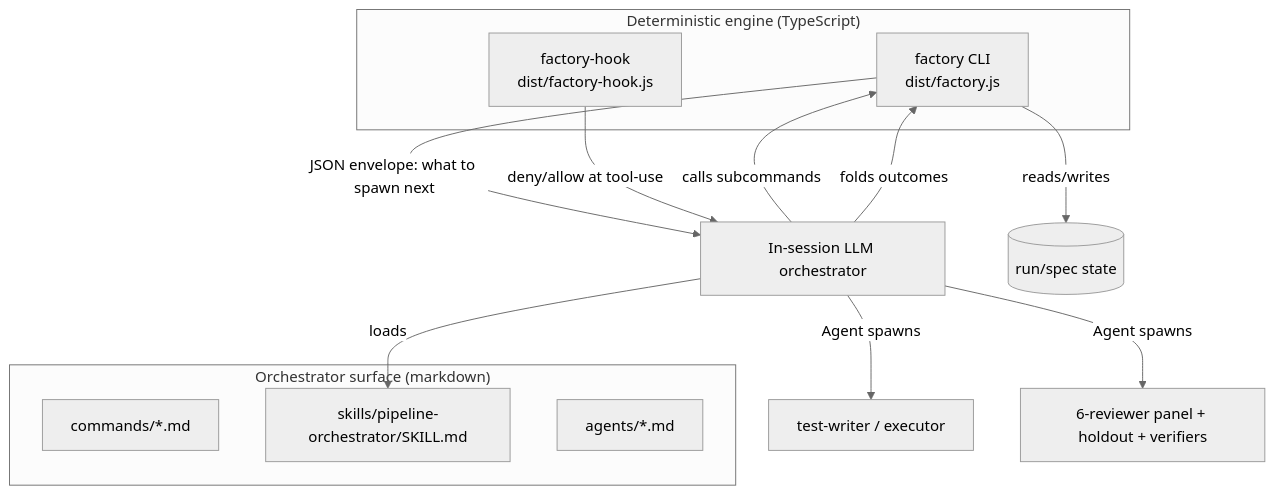
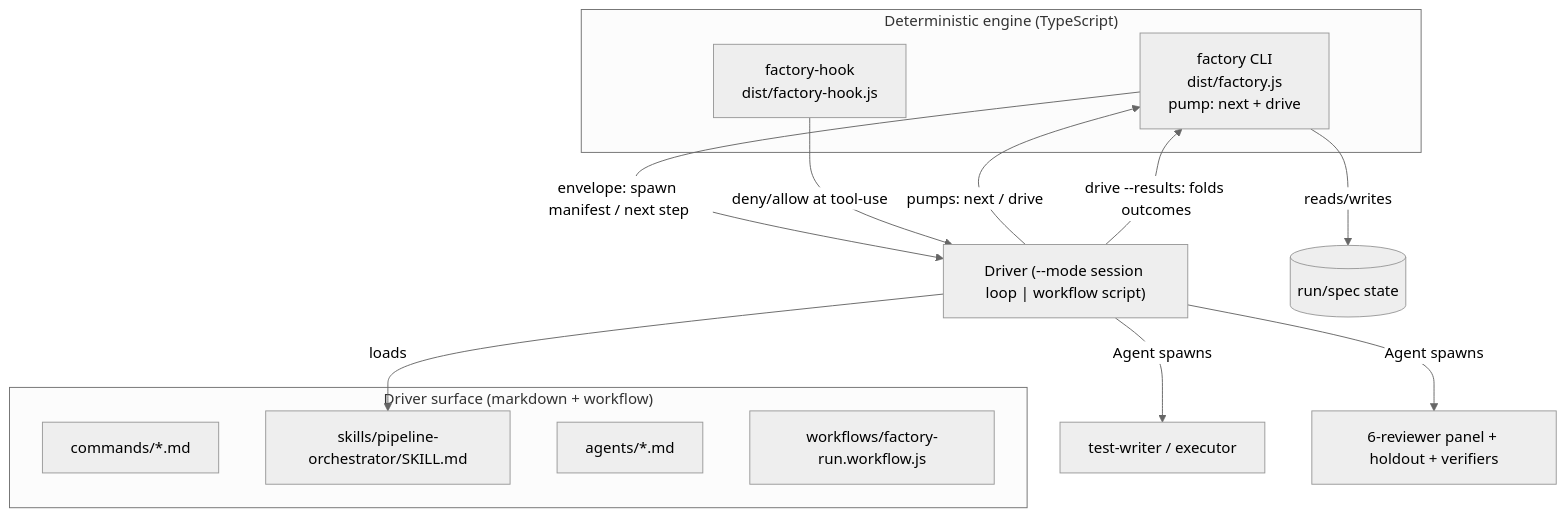
The second of 3 diagrams in docs/architecture/overview.md (jfa94/factory), drawn with Mermaid (neutral theme) before and after one commit. The commit also changed other lines of this file and 10 other files, not shown here.

First line of the commit message:
docs: Scribe sweep onto the one-engine/two-drivers architecture

````diff
--- a/docs/architecture/overview.md
+++ b/docs/architecture/overview.md
@@ -35,22 +35,23 @@
 ```mermaid
 graph TD
-  subgraph Surface["Orchestrator surface (markdown)"]
+  subgraph Surface["Driver surface (markdown + workflow)"]
     Cmd[commands/*.md]
     Skill[skills/pipeline-orchestrator/SKILL.md]
     Agents[agents/*.md]
+    WF[workflows/factory-run.workflow.js]
   end
 
   subgraph Engine["Deterministic engine (TypeScript)"]
-    CLI[factory CLI<br/>dist/factory.js]
+    CLI[factory CLI<br/>dist/factory.js<br/>pump: next + drive]
     Hook[factory-hook<br/>dist/factory-hook.js]
   end
 
-  Session[In-session LLM orchestrator] -->|loads| Skill
-  Session -->|calls subcommands| CLI
-  CLI -->|JSON envelope: what to spawn next| Session
-  Session -->|Agent spawns| Producers[test-writer / executor]
-  Session -->|Agent spawns| Panel[6-reviewer panel + holdout + verifiers]
-  Session -->|folds outcomes| CLI
+  Driver["Driver (--mode session loop | workflow script)"] -->|loads| Skill
+  Driver -->|pumps: next / drive| CLI
+  CLI -->|envelope: spawn manifest / next step| Driver
+  Driver -->|Agent spawns| Producers[test-writer / executor]
+  Driver -->|Agent spawns| Panel[6-reviewer panel + holdout + verifiers]
+  Driver -->|drive --results: folds outcomes| CLI
   CLI -->|reads/writes| State[(run/spec state)]
-  Hook -->|deny/allow at tool-use| Session
+  Hook -->|deny/allow at tool-use| Driver
 ```
````
